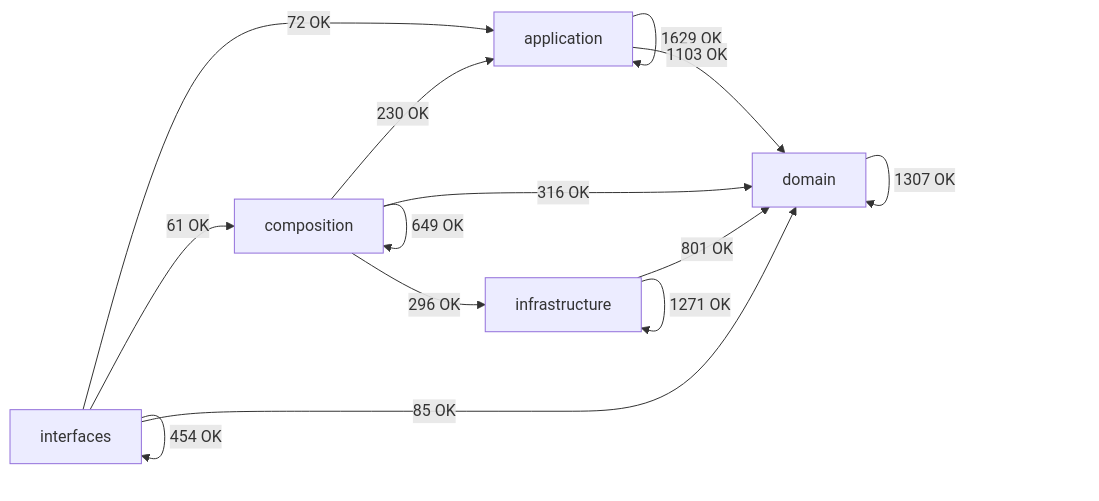
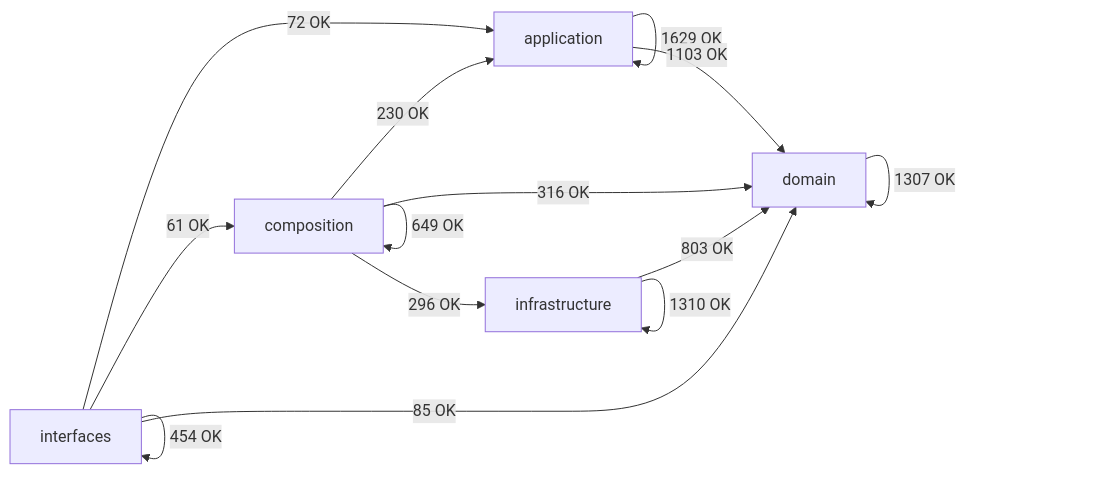
Before and after one commit to SatoryKono/BioactivityDataAcquisition: the diagram in docs/02-architecture/generated/module-dependency-map.md, drawn with Mermaid. The commit also changed other lines of this file and 188 other files, not shown here.

````diff
--- a/docs/02-architecture/generated/module-dependency-map.md
+++ b/docs/02-architecture/generated/module-dependency-map.md
@@ -17,21 +17,21 @@
 ```mermaid
 flowchart LR
     domain[domain]
     application[application]
     infrastructure[infrastructure]
     composition[composition]
     interfaces[interfaces]
     application -->|1629 OK| application
     application -->|1103 OK| domain
     composition -->|230 OK| application
     composition -->|649 OK| composition
     composition -->|316 OK| domain
     composition -->|296 OK| infrastructure
     domain -->|1307 OK| domain
-    infrastructure -->|801 OK| domain
-    infrastructure -->|1271 OK| infrastructure
+    infrastructure -->|803 OK| domain
+    infrastructure -->|1310 OK| infrastructure
     interfaces -->|72 OK| application
     interfaces -->|61 OK| composition
     interfaces -->|85 OK| domain
     interfaces -->|454 OK| interfaces
 ```
````
